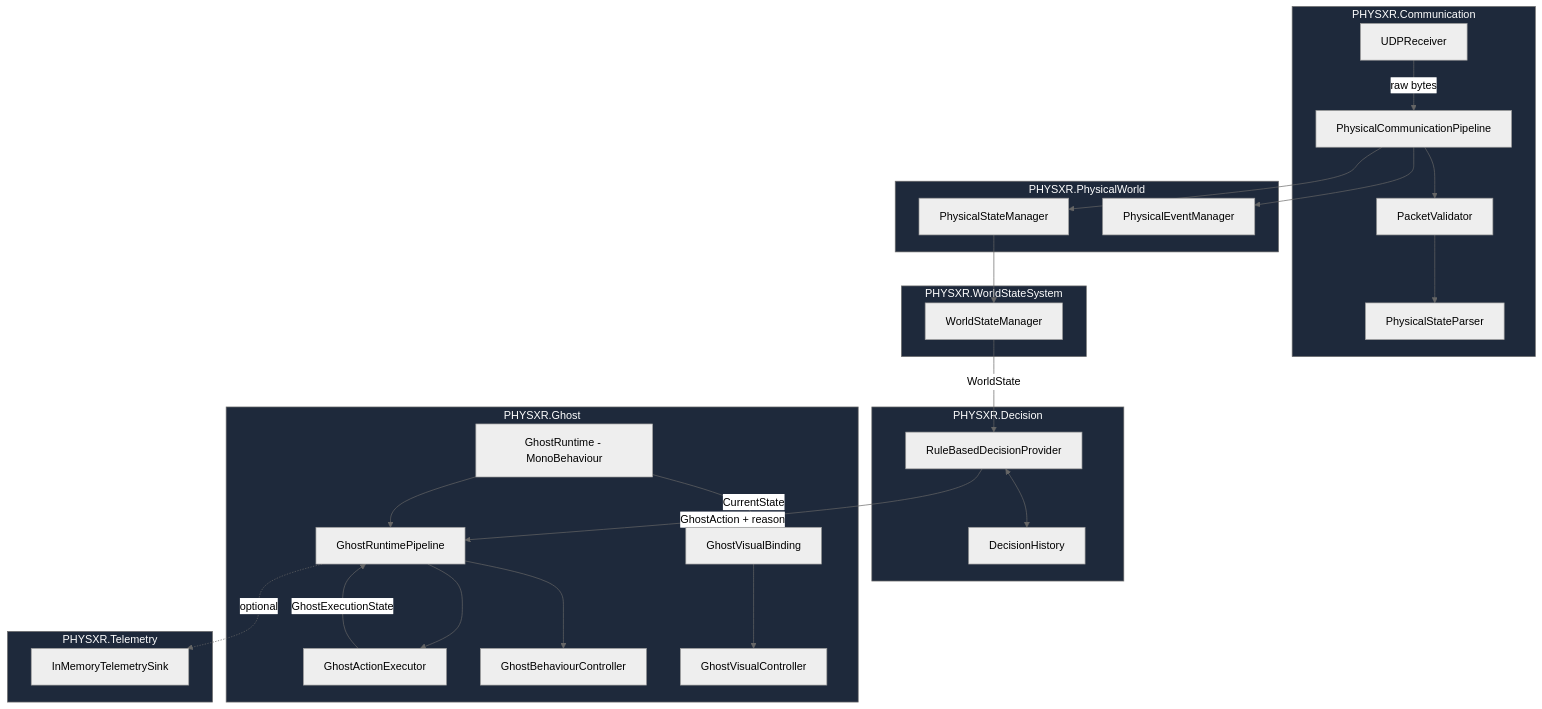
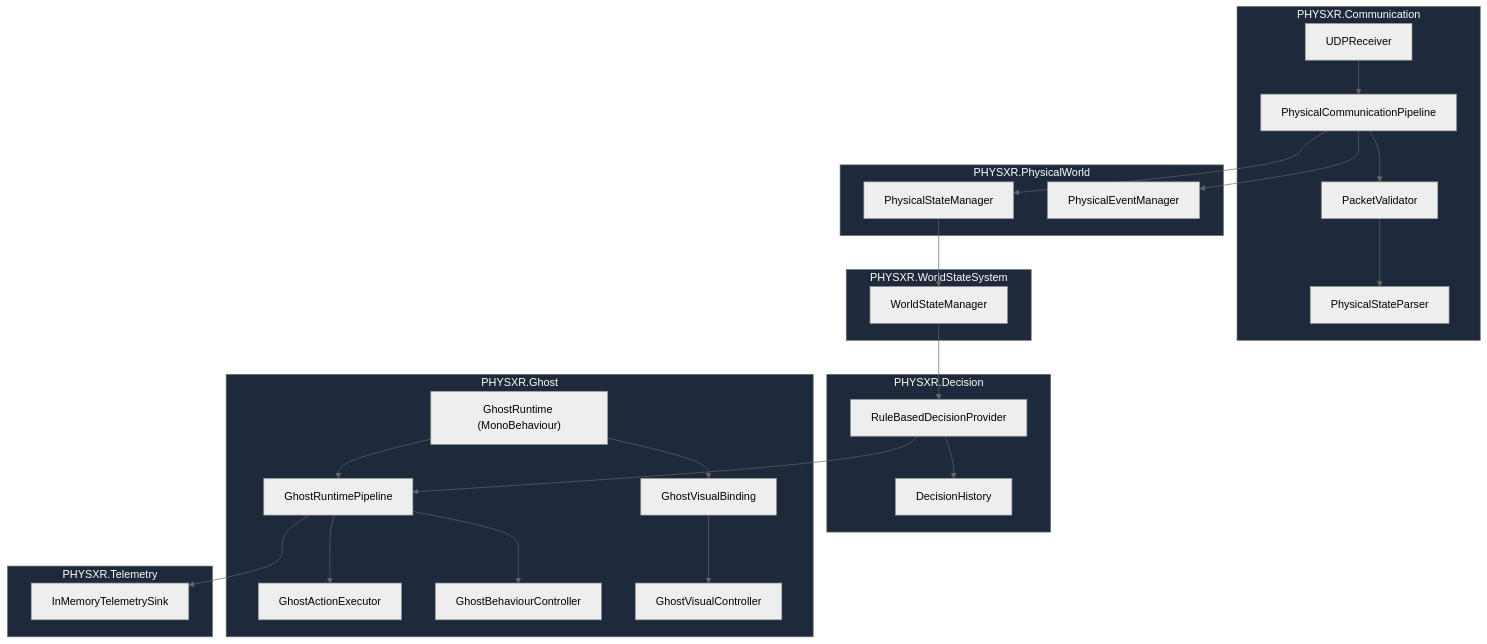
One commit to Dr-Dre420/PHYS-XR changed the diagram in README.md. Above: the diagram before and after it, drawn with Mermaid (neutral theme).

Commit message:
Fix Mermaid architecture diagram rendering on GitHub
Removes edge labels, a bidirectional edge, and a back-edge cycle
(GAE -> GRP) that caused GitHub's Mermaid renderer to fail with
"Could not find a suitable point for the given distance". Also
quotes the GhostRuntime node label to avoid the bare dash. No change
to the diagram's structure or meaning, only to what renders reliably.

````diff
--- a/README.md
+++ b/README.md
@@ -42,57 +42,59 @@
 ```mermaid
 flowchart TD
     subgraph Physical["PHYSXR.PhysicalWorld"]
         PSM[PhysicalStateManager]
         PEM[PhysicalEventManager]
     end
 
     subgraph Comm["PHYSXR.Communication"]
         UDP[UDPReceiver]
         PV[PacketValidator]
         PSP[PhysicalStateParser]
         PIPE[PhysicalCommunicationPipeline]
     end
 
     subgraph WS["PHYSXR.WorldStateSystem"]
         WSM[WorldStateManager]
     end
 
     subgraph Dec["PHYSXR.Decision"]
         RBDP[RuleBasedDecisionProvider]
         DH[DecisionHistory]
     end
 
     subgraph GhostNS["PHYSXR.Ghost"]
         GAE[GhostActionExecutor]
         GBC[GhostBehaviourController]
         GRP[GhostRuntimePipeline]
-        GR[GhostRuntime - MonoBehaviour]
+        GR["GhostRuntime (MonoBehaviour)"]
         GVC[GhostVisualController]
         GVB[GhostVisualBinding]
     end
 
     subgraph Tel["PHYSXR.Telemetry"]
         SINK[InMemoryTelemetrySink]
     end
 
-    UDP -->|raw bytes| PIPE
-    PIPE --> PV --> PSP
+    UDP --> PIPE
+    PIPE --> PV
+    PV --> PSP
     PIPE --> PSM
     PIPE --> PEM
     PSM --> WSM
-    WSM -->|WorldState| RBDP
-    RBDP <--> DH
-    RBDP -->|GhostAction + reason| GRP
-    GRP --> GAE -->|GhostExecutionState| GRP
+    WSM --> RBDP
+    RBDP --> DH
+    RBDP --> GRP
+    GRP --> GAE
     GRP --> GBC
-    GRP -.optional.-> SINK
+    GRP --> SINK
     GR --> GRP
-    GR -->|CurrentState| GVB --> GVC
+    GR --> GVB
+    GVB --> GVC
 
     style Physical fill:#1e293b,color:#fff
     style Comm fill:#1e293b,color:#fff
     style WS fill:#1e293b,color:#fff
     style Dec fill:#1e293b,color:#fff
     style GhostNS fill:#1e293b,color:#fff
     style Tel fill:#1e293b,color:#fff
 ```
````
